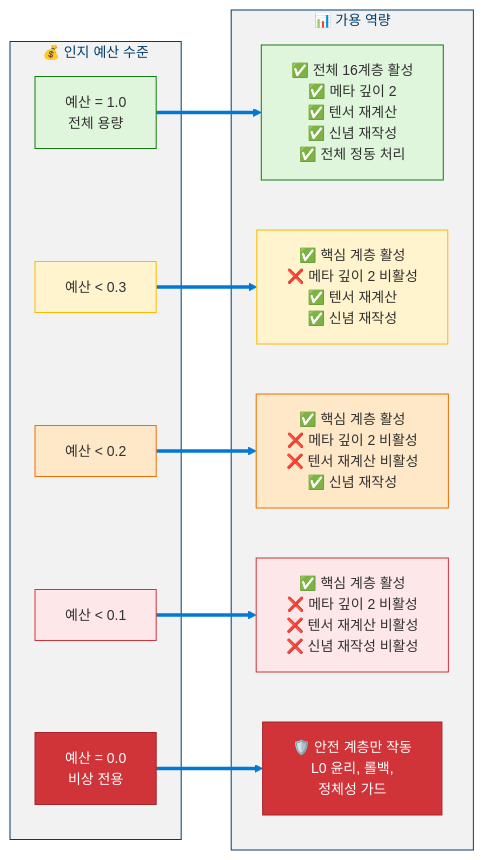
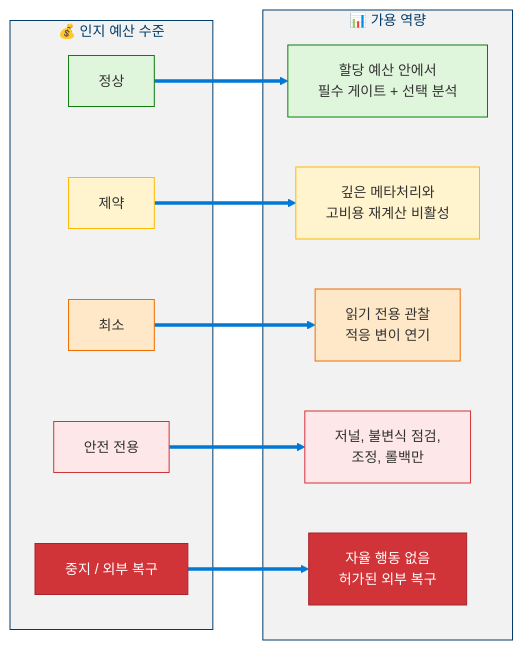
Before and after one commit to dotnetpower/mscp: diagram 16 of 19 in docs/levels/Level_3_Self_Regulating_Agent.ko.md, drawn with Mermaid. The commit also changed other lines of this file and 21 other files, not shown here.

````diff
--- a/docs/levels/Level_3_Self_Regulating_Agent.ko.md
+++ b/docs/levels/Level_3_Self_Regulating_Agent.ko.md
@@ -1256,31 +1399,31 @@
 ```mermaid
 %%{init: {'theme': 'base', 'themeVariables': {'primaryColor': '#0078D4', 'primaryTextColor': '#003D6B', 'primaryBorderColor': '#003D6B', 'secondaryColor': '#50E6FF', 'secondaryTextColor': '#323130', 'secondaryBorderColor': '#00BCF2', 'tertiaryColor': '#F2F2F2', 'tertiaryTextColor': '#323130', 'lineColor': '#0078D4', 'textColor': '#323130', 'mainBkg': '#DEECF9', 'nodeBorder': '#0078D4', 'clusterBkg': '#F2F2F2', 'clusterBorder': '#003D6B', 'titleColor': '#003D6B', 'edgeLabelBackground': '#FFFFFF', 'fontSize': '14px'}}}%%
 flowchart LR
   classDef full fill:#DFF6DD,stroke:#107C10,color:#323130
   classDef low fill:#FFF4CE,stroke:#FFB900,color:#323130
   classDef vlow fill:#FFE8C8,stroke:#EF6C00,color:#323130
   classDef critical fill:#FDE7E9,stroke:#D13438,color:#323130
   classDef emergency fill:#D13438,stroke:#A4262C,color:#FFF
 
   subgraph BudgetLevels["💰 인지 예산 수준"]
-    B100["예산 = 1.0<br/>전체 용량"]:::full
-    B030["예산 < 0.3"]:::low
-    B020["예산 < 0.2"]:::vlow
-    B010["예산 < 0.1"]:::critical
-    B000["예산 = 0.0<br/>비상 전용"]:::emergency
+    B100["정상"]:::full
+    B030["제약"]:::low
+    B020["최소"]:::vlow
+    B010["안전 전용"]:::critical
+    B000["중지 / 외부 복구"]:::emergency
   end
 
   subgraph Capabilities["📊 가용 역량"]
-    C_FULL["✅ 전체 16계층 활성<br/>✅ 메타 깊이 2<br/>✅ 텐서 재계산<br/>✅ 신념 재작성<br/>✅ 전체 정동 처리"]:::full
-    C_030["✅ 핵심 계층 활성<br/>❌ 메타 깊이 2 비활성<br/>✅ 텐서 재계산<br/>✅ 신념 재작성"]:::low
-    C_020["✅ 핵심 계층 활성<br/>❌ 메타 깊이 2 비활성<br/>❌ 텐서 재계산 비활성<br/>✅ 신념 재작성"]:::vlow
-    C_010["✅ 핵심 계층 활성<br/>❌ 메타 깊이 2 비활성<br/>❌ 텐서 재계산 비활성<br/>❌ 신념 재작성 비활성"]:::critical
-    C_000["🛡️ 안전 계층만 작동<br/>L0 윤리, 롤백,<br/>정체성 가드"]:::emergency
+    C_FULL["할당 예산 안에서<br/>필수 게이트 + 선택 분석"]:::full
+    C_030["깊은 메타처리와<br/>고비용 재계산 비활성"]:::low
+    C_020["읽기 전용 관찰<br/>적응 변이 연기"]:::vlow
+    C_010["저널, 불변식 점검,<br/>조정, 롤백만"]:::critical
+    C_000["자율 행동 없음<br/>허가된 외부 복구"]:::emergency
   end
 
   B100 ==> C_FULL
   B030 ==> C_030
   B020 ==> C_020
   B010 ==> C_010
   B000 ==> C_000
 ```
````
